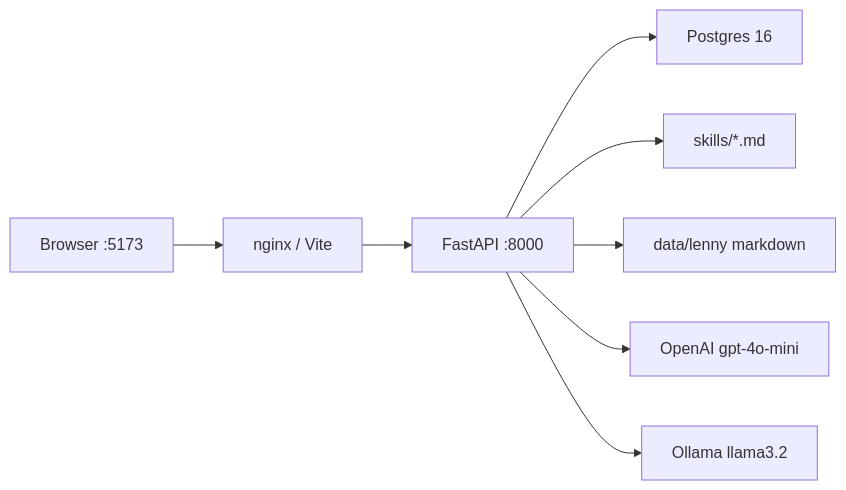
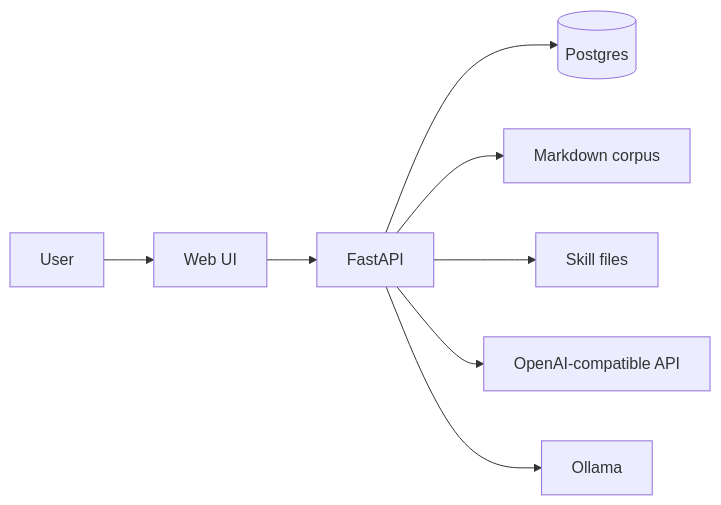
Before and after one commit to deepanshu-iitm/lenny-growth-assistant: the diagram in architecture.md, drawn with Mermaid. The commit also changed other lines of this file and 1 other file, not shown here.

````diff
--- a/architecture.md
+++ b/architecture.md
@@ -7,10 +15,10 @@
 ```mermaid
 flowchart LR
-  Browser["Browser :5173"] --> Nginx["nginx / Vite"]
-  Nginx --> API["FastAPI :8000"]
-  API --> PG["Postgres 16"]
-  API --> Skills["skills/*.md"]
-  API --> Data["data/lenny markdown"]
-  API --> OpenAI["OpenAI gpt-4o-mini"]
-  API --> Ollama["Ollama llama3.2"]
+  User[User] --> UI[Web UI]
+  UI --> API[FastAPI]
+  API --> DB[(Postgres)]
+  API --> Files[Markdown corpus]
+  API --> Skills[Skill files]
+  API --> Cloud[OpenAI-compatible API]
+  API --> Local[Ollama]
 ```
````
